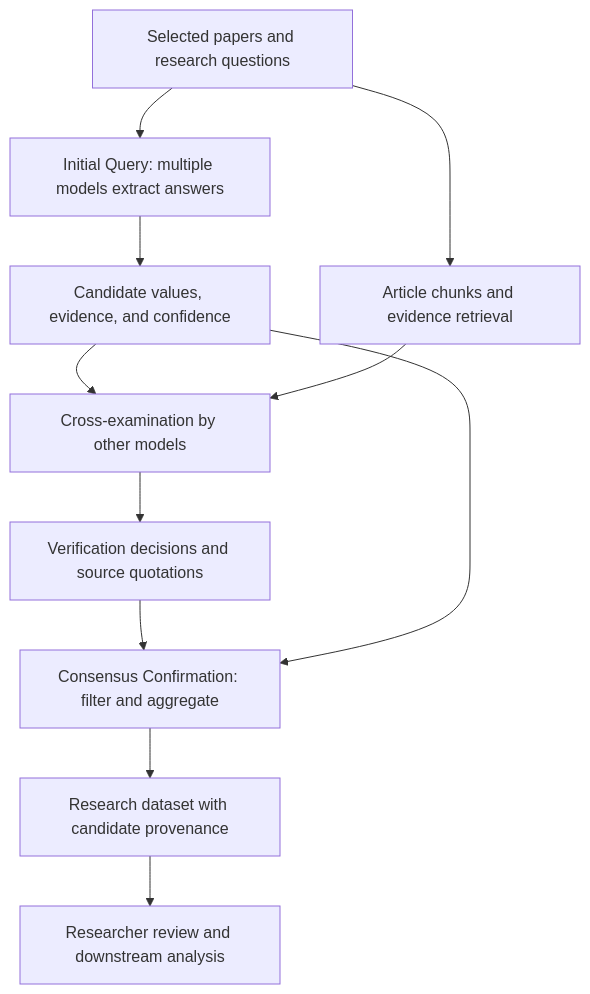
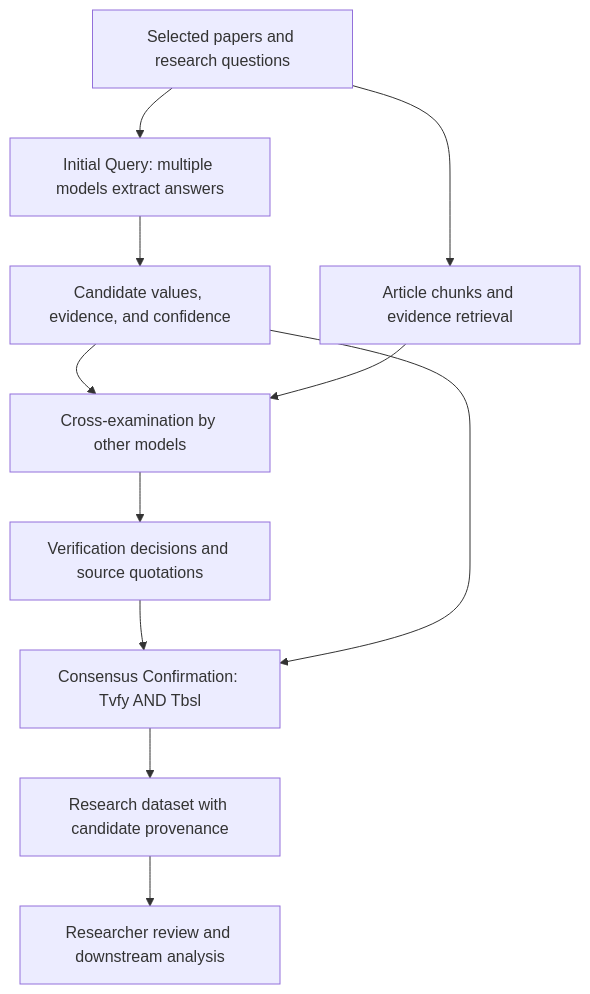
One commit to Voss-zeji/LUMINA changed the first of 2 diagrams in README.md. Above: the diagram before and after it, drawn with Mermaid. The commit also changed other lines of this file and 13 other files, not shown here.

Commit message:
fix: enforce dual-threshold consensus confirmation

````diff
--- a/README.md
+++ b/README.md
@@ -30,13 +30,13 @@
 ```mermaid
 flowchart TD
     Papers["Selected papers and research questions"] --> Query["Initial Query: multiple models extract answers"]
     Query --> Candidates["Candidate values, evidence, and confidence"]
     Papers --> Context["Article chunks and evidence retrieval"]
     Candidates --> Verify["Cross-examination by other models"]
     Context --> Verify
     Verify --> Votes["Verification decisions and source quotations"]
-    Votes --> Consensus["Consensus Confirmation: filter and aggregate"]
+    Votes --> Consensus["Consensus Confirmation: Tvfy AND Tbsl"]
     Candidates --> Consensus
     Consensus --> Data["Research dataset with candidate provenance"]
     Data --> Review["Researcher review and downstream analysis"]
 ```
````
